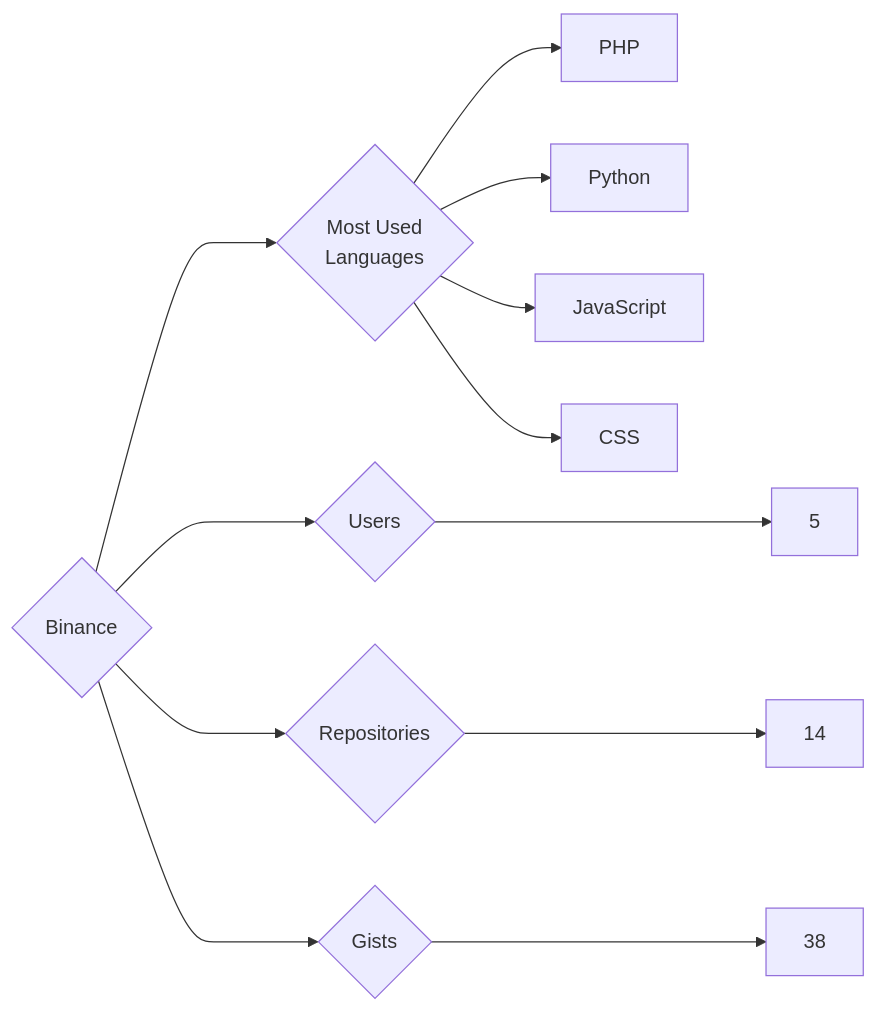
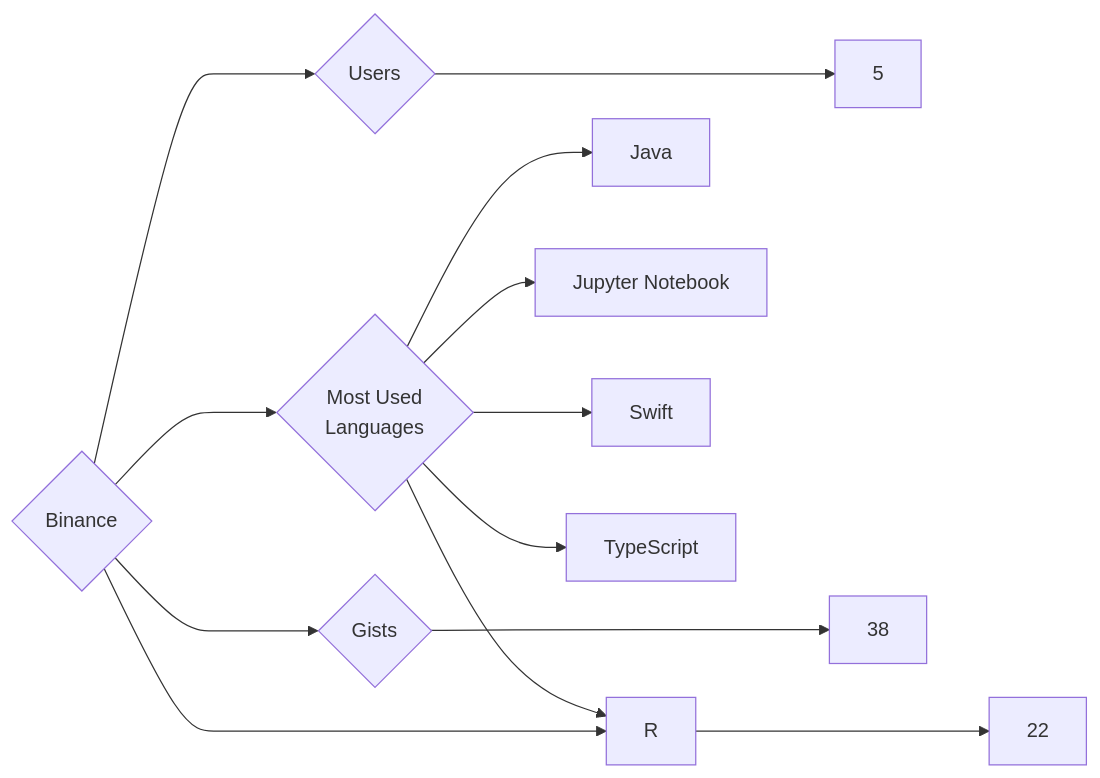
Before and after one commit to trickest/insiders: the diagram in targets/Binance/README.md, drawn with Mermaid. The commit also changed 1141 other files, not shown here.

````diff
--- a/targets/Binance/README.md
+++ b/targets/Binance/README.md
@@ -3,12 +3,13 @@
 ```mermaid
 graph LR
 COMPANY_NAME{Binance}
 COMPANY_NAME ---> U{Users} ---> UN[5]
-COMPANY_NAME ---> R{Repositories} ---> RN[14]
+COMPANY_NAME ---> R{Repositories} ---> RN[22]
 COMPANY_NAME ---> G{Gists} ---> GN[38]
 COMPANY_NAME ---> ML{Most Used<br>Languages}
-ML --> PHP[PHP]
-ML --> Python[Python]
-ML --> JavaScript[JavaScript]
-ML --> CSS[CSS]
+ML --> Java[Java]
+ML --> Jupyter_Notebook[Jupyter Notebook]
+ML --> Swift[Swift]
+ML --> TypeScript[TypeScript]
+ML --> R[R]
 ```
````
